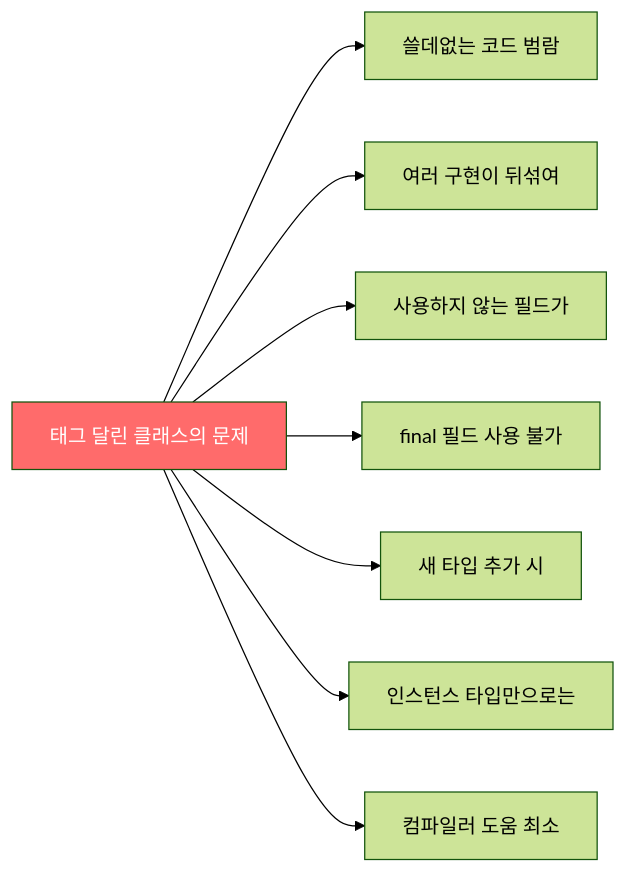
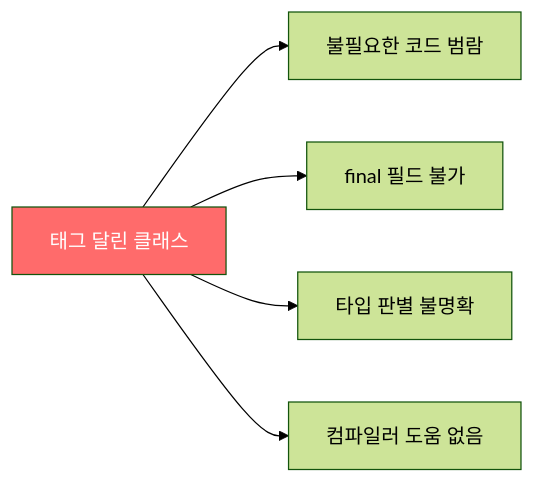
One commit to yjkim2015/yjkim2015.github.io changed the first of 4 diagrams in _posts/java/2022-01-04-effective-java23.md. Above: the diagram before and after it, drawn with Mermaid (forest theme). The commit also changed 163 other files, not shown here.

First line of the commit message:
Mermaid 300개 블록 내용 축소: 5노드 5엣지 이하, 의미 있는 약어

````diff
--- a/_posts/java/2022-01-04-effective-java23.md
+++ b/_posts/java/2022-01-04-effective-java23.md
@@ -58,11 +58,8 @@
 ```mermaid
 graph LR
-    A["태그 달린 클래스의 문제"] --> B["쓸데없는 코드 범람"]
-    A --> C["여러 구현이 뒤섞여"]
-    A --> D["사용하지 않는 필드가"]
-    A --> E["final 필드 사용 불가"]
-    A --> F["새 타입 추가 시"]
-    A --> G["인스턴스 타입만으로는"]
-    A --> H["컴파일러 도움 최소"]
+    A["태그 달린 클래스"] --> B["불필요한 코드 범람"]
+    A --> C["final 필드 불가"]
+    A --> D["타입 판별 불명확"]
+    A --> E["컴파일러 도움 없음"]
     style A fill:#ff6b6b,color:#fff
 ```
````
